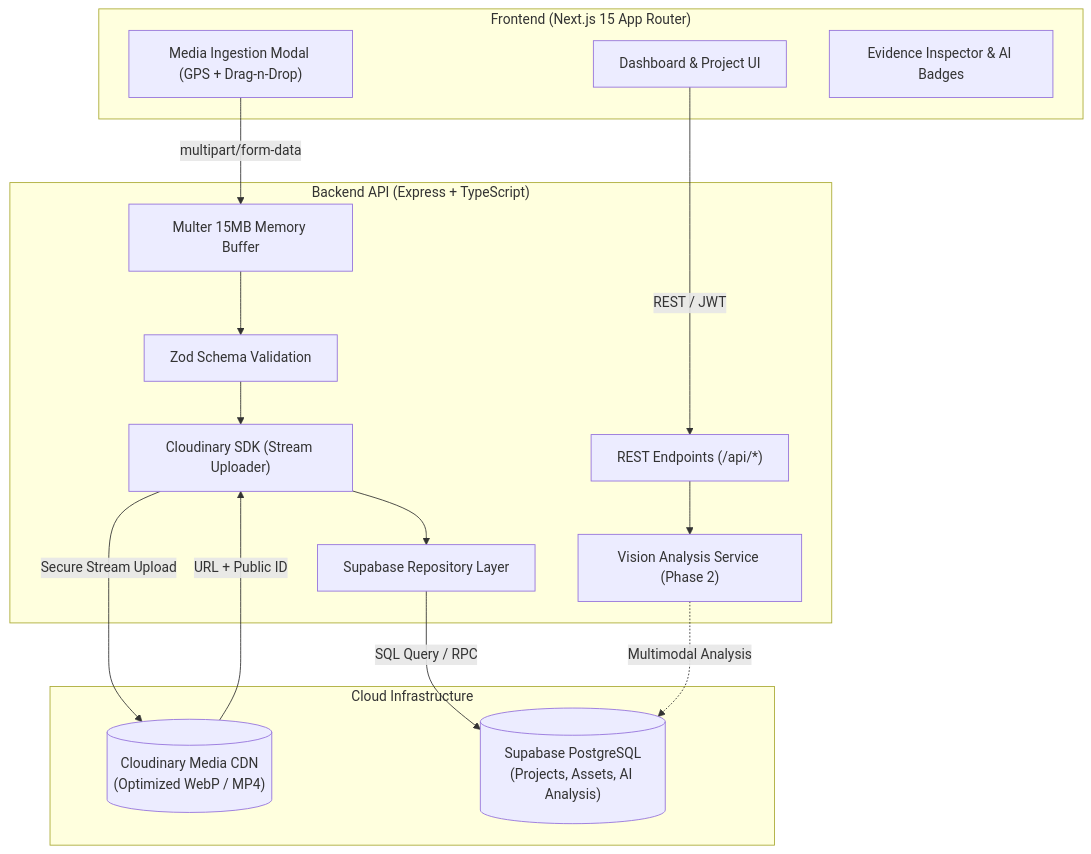
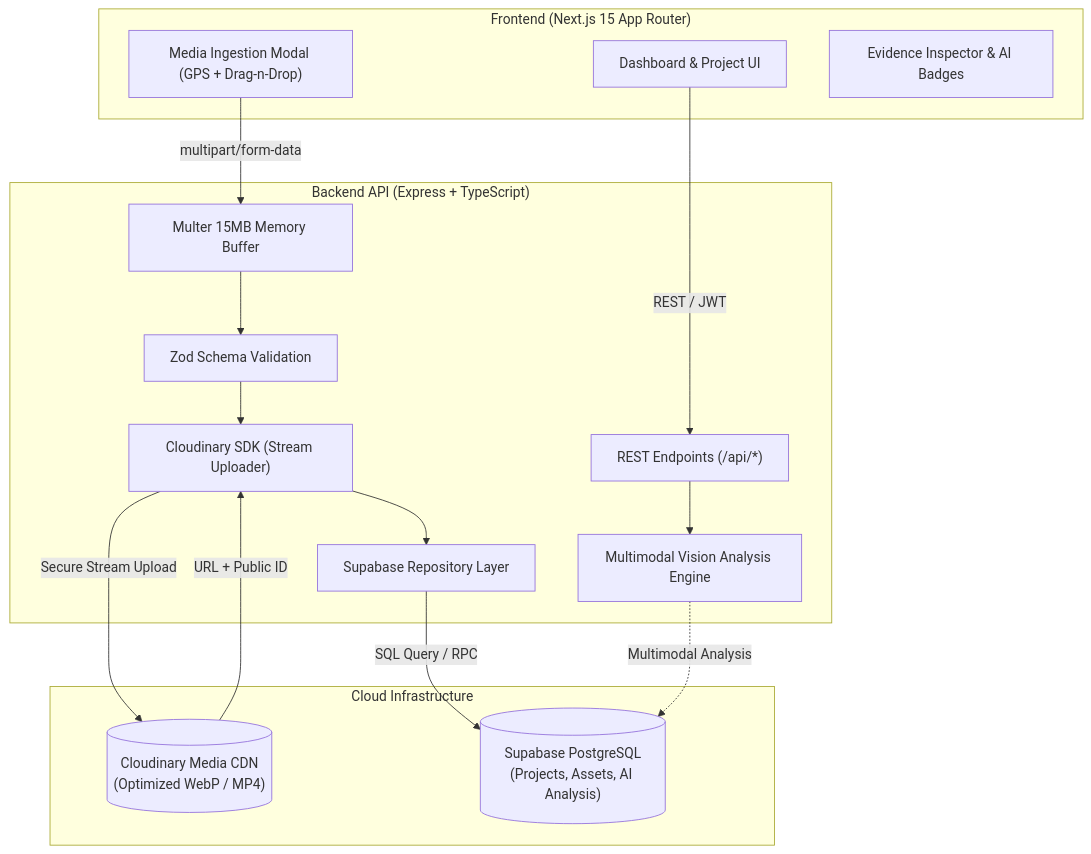
The first of 2 diagrams in README.md (Sarthak-Pandey/Vision), drawn with Mermaid before and after one commit. The commit also changed other lines of this file, not shown here.

Commit message:
docs: mark Phase 2 completed and update AI vision architecture

````diff
--- a/README.md
+++ b/README.md
@@ -18,33 +18,33 @@
 ```mermaid
 graph TD
     subgraph Client ["Frontend (Next.js 15 App Router)"]
         UI["Dashboard & Project UI"]
         UploadModal["Media Ingestion Modal (GPS + Drag-n-Drop)"]
         Inspector["Evidence Inspector & AI Badges"]
     end
 
     subgraph Backend ["Backend API (Express + TypeScript)"]
         API["REST Endpoints (/api/*)"]
         ZodValidator["Zod Schema Validation"]
         UploadStream["Multer 15MB Memory Buffer"]
         CloudinaryService["Cloudinary SDK (Stream Uploader)"]
         DBRepo["Supabase Repository Layer"]
-        VisionEngine["Vision Analysis Service (Phase 2)"]
+        VisionEngine["Multimodal Vision Analysis Engine"]
     end
 
     subgraph Storage ["Cloud Infrastructure"]
         Cloudinary[("Cloudinary Media CDN\n(Optimized WebP / MP4)")]
         Supabase[("Supabase PostgreSQL\n(Projects, Assets, AI Analysis)")]
     end
 
     UI -->|REST / JWT| API
     UploadModal -->|multipart/form-data| UploadStream
     UploadStream --> ZodValidator
     ZodValidator --> CloudinaryService
     CloudinaryService -->|Secure Stream Upload| Cloudinary
     Cloudinary -->|URL + Public ID| CloudinaryService
     CloudinaryService --> DBRepo
     DBRepo -->|SQL Query / RPC| Supabase
     API --> VisionEngine
     VisionEngine -.->|Multimodal Analysis| Supabase
 ```
````
